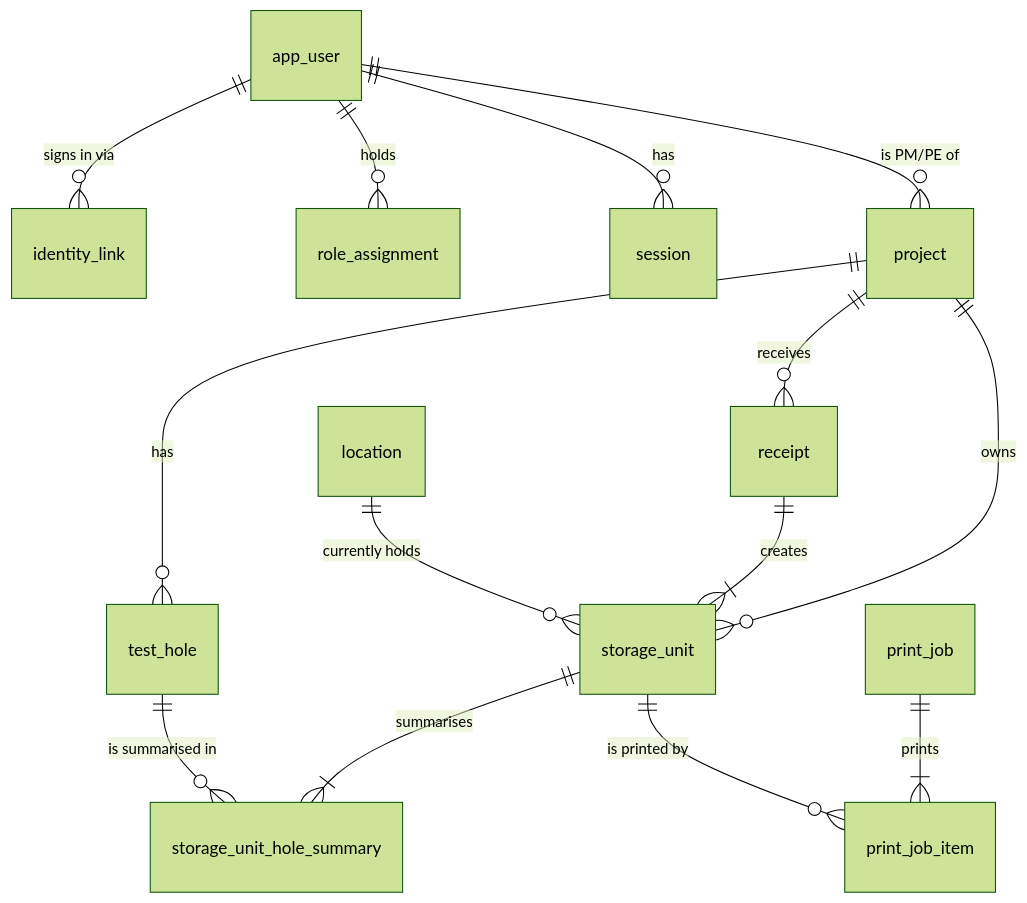
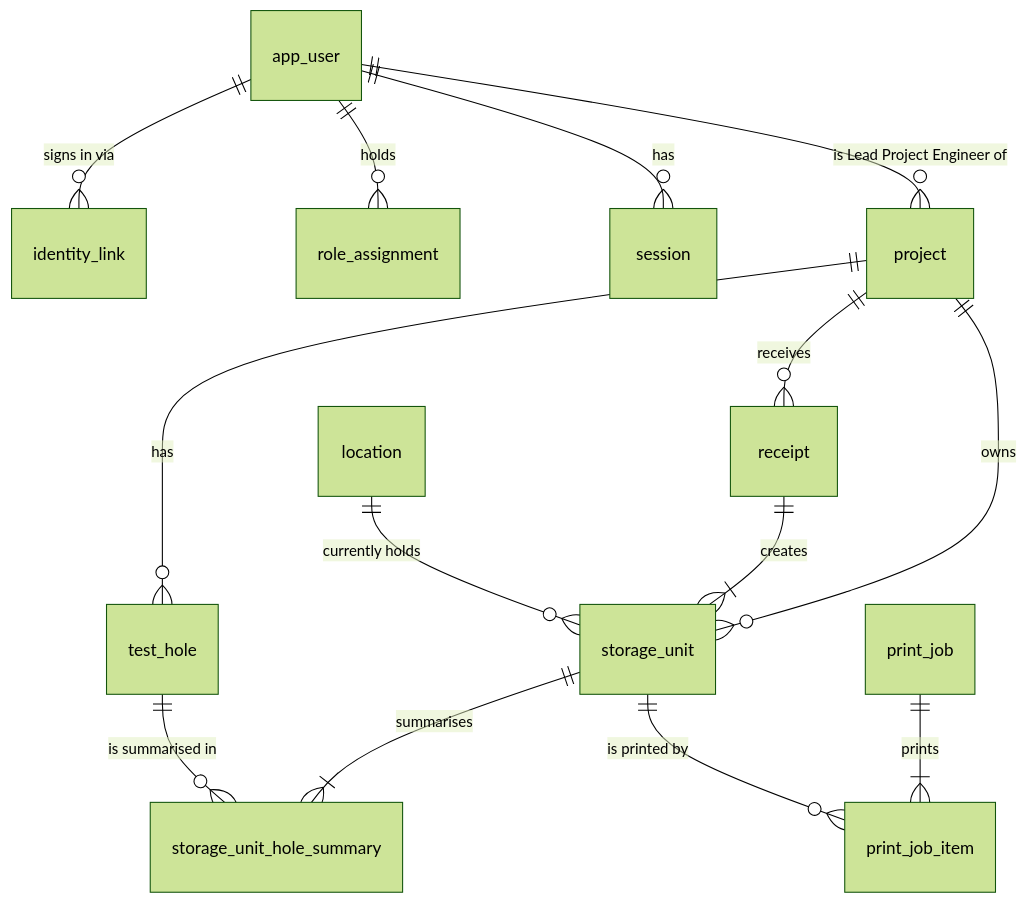
The diagram in docs/database.md (KyleShabaga/MaterialMule), drawn with Mermaid (forest theme) before and after one commit. The commit also changed other lines of this file and 104 other files, not shown here.

First line of the commit message:
MM-AO02: rename the project lead to Lead Project Engineer

````diff
--- a/docs/database.md
+++ b/docs/database.md
@@ -47,16 +47,16 @@
 ```mermaid
 erDiagram
   app_user ||--o{ identity_link : "signs in via"
   app_user ||--o{ role_assignment : "holds"
   app_user ||--o{ session : "has"
-  app_user ||--o{ project : "is PM/PE of"
+  app_user ||--o{ project : "is Lead Project Engineer of"
   project ||--o{ test_hole : "has"
   project ||--o{ receipt : "receives"
   receipt ||--|{ storage_unit : "creates"
   project ||--o{ storage_unit : "owns"
   location ||--o{ storage_unit : "currently holds"
   storage_unit ||--|{ storage_unit_hole_summary : "summarises"
   test_hole ||--o{ storage_unit_hole_summary : "is summarised in"
   print_job ||--|{ print_job_item : "prints"
   storage_unit ||--o{ print_job_item : "is printed by"
 ```
````
